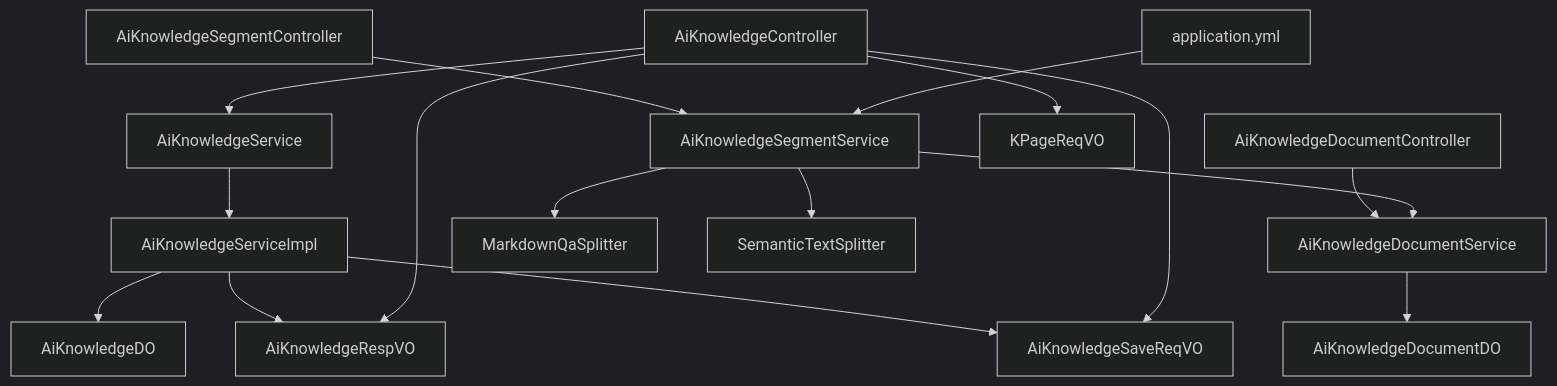
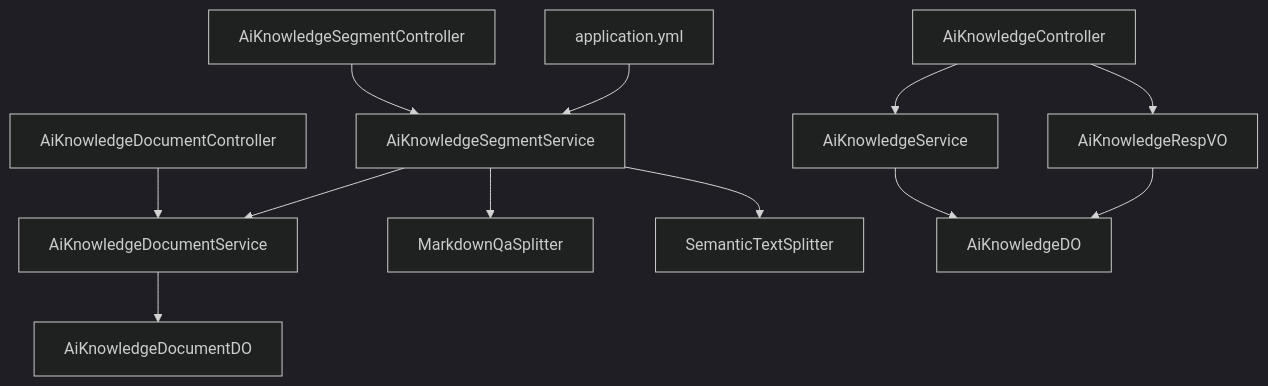
The eighth of 8 diagrams in .qoder/repowiki/zh/content/知识库管理系统/知识库管理系统.md (X555LB/data-ai), drawn with Mermaid (dark theme) before and after one commit. The commit also changed other lines of this file and 9 other files, not shown here.

````diff
--- a/.qoder/repowiki/zh/content/知识库管理系统/知识库管理系统.md
+++ b/.qoder/repowiki/zh/content/知识库管理系统/知识库管理系统.md
@@ -538,18 +418,14 @@
 ```mermaid
 graph TB
 C1["AiKnowledgeController"] --> S1["AiKnowledgeService"]
 C2["AiKnowledgeDocumentController"] --> S2["AiKnowledgeDocumentService"]
 C3["AiKnowledgeSegmentController"] --> S3["AiKnowledgeSegmentService"]
-S1 --> SI1["AiKnowledgeServiceImpl"]
 S3 --> S2
 S3 --> Split1["MarkdownQaSplitter"]
 S3 --> Split2["SemanticTextSplitter"]
-SI1 --> KDO["AiKnowledgeDO"]
+S1 --> KDO["AiKnowledgeDO"]
 S2 --> DDO["AiKnowledgeDocumentDO"]
-SI1 --> KRespVO["AiKnowledgeRespVO"]
-SI1 --> KSaveReqVO["AiKnowledgeSaveReqVO"]
-C1 --> KRespVO
-C1 --> KSaveReqVO
-C1 --> KPageReqVO
+C1 --> KResp["AiKnowledgeRespVO"]
+KResp --> KDO
 CFG["application.yml"] --> S3
 ```
````
